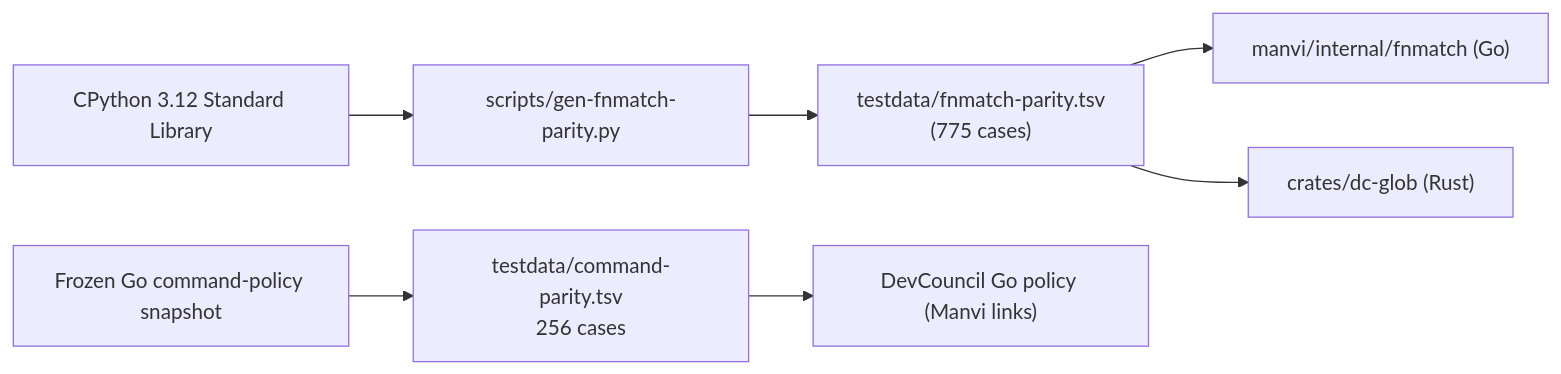
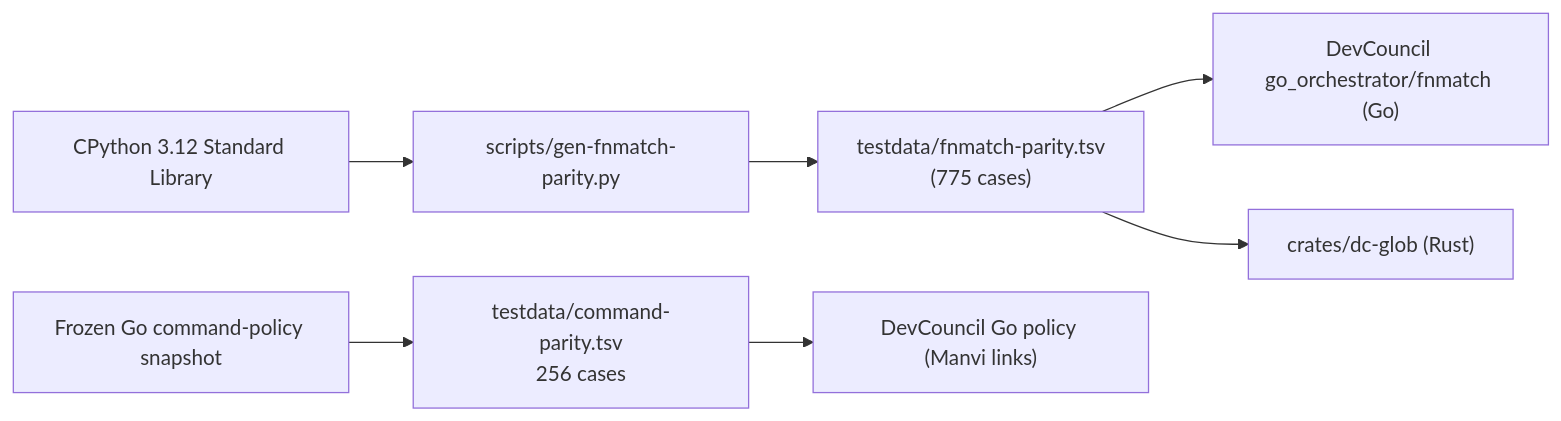
Before and after one commit to bharathvbcr/Manvi: the first of 4 diagrams in docs/VERIFICATION_AND_PARITY.md, drawn with Mermaid. The commit also changed other lines of this file and 14 other files, not shown here.

First line of the commit message:
docs: sync docs to the DevCouncil-module layout, pinned toolchain and current counts

````diff
--- a/docs/VERIFICATION_AND_PARITY.md
+++ b/docs/VERIFICATION_AND_PARITY.md
@@ -13,12 +13,12 @@
 ```mermaid
 flowchart LR
     CPython["CPython 3.12 Standard Library"] --> GenGlob["scripts/gen-fnmatch-parity.py"]
     GenGlob --> GlobTSV["testdata/fnmatch-parity.tsv<br/>(775 cases)"]
     
-    GlobTSV --> GoFnmatch["manvi/internal/fnmatch (Go)"]
+    GlobTSV --> GoFnmatch["DevCouncil go_orchestrator/fnmatch (Go)"]
     GlobTSV --> RustGlob["crates/dc-glob (Rust)"]
 
     Frozen["Frozen Go command-policy snapshot"] --> CmdTSV["testdata/command-parity.tsv<br/>256 cases"]
     
     CmdTSV --> GoPolicy["DevCouncil Go policy (Manvi links)"]
 ```
````
